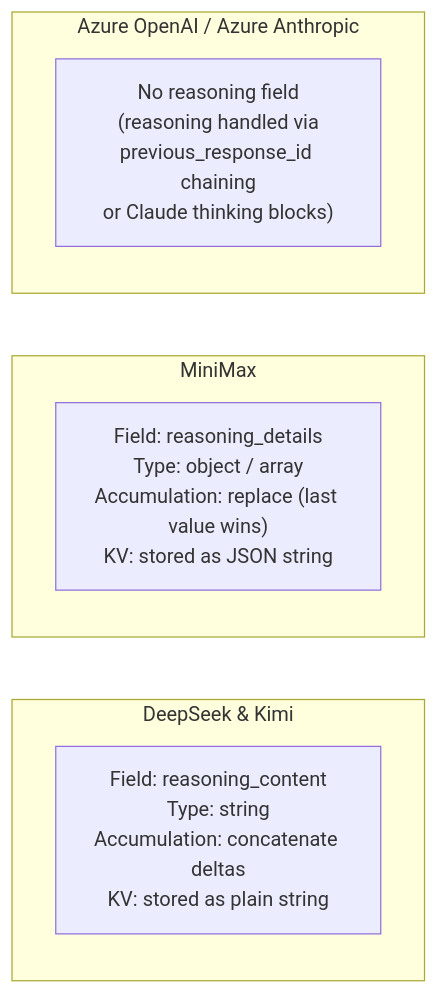
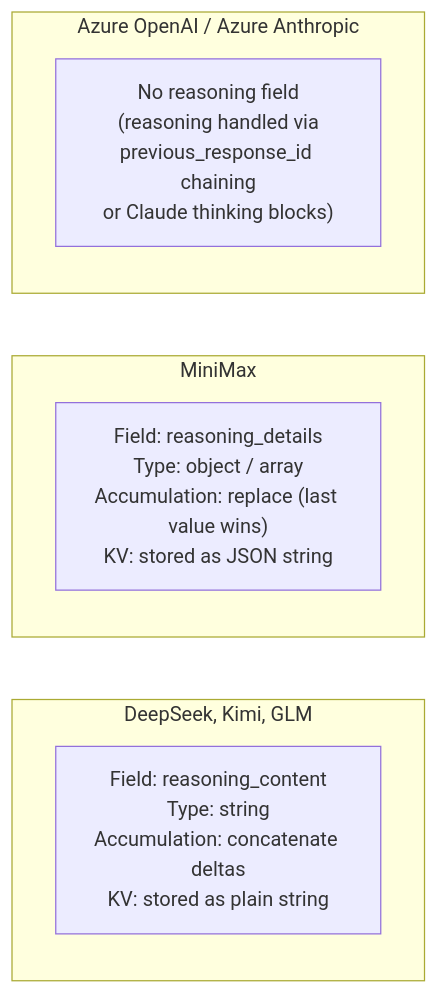
Before and after one commit to lqdflying/cursorProxy: the first of 6 diagrams in doc/reasoning-bridge.md, drawn with Mermaid. The commit also changed other lines of this file and 19 other files, not shown here.

````diff
--- a/doc/reasoning-bridge.md
+++ b/doc/reasoning-bridge.md
@@ -10,14 +10,14 @@
 ```mermaid
 flowchart LR
-    subgraph "DeepSeek & Kimi"
+    subgraph "DeepSeek, Kimi, GLM"
         DS_FIELD["Field: reasoning_content\nType: string\nAccumulation: concatenate deltas\nKV: stored as plain string"]
     end
 
     subgraph "MiniMax"
         MM_FIELD["Field: reasoning_details\nType: object / array\nAccumulation: replace (last value wins)\nKV: stored as JSON string"]
     end
 
     subgraph "Azure OpenAI / Azure Anthropic"
         AZ_FIELD["No reasoning field\n(reasoning handled via\nprevious_response_id chaining\nor Claude thinking blocks)"]
     end
 ```
````
